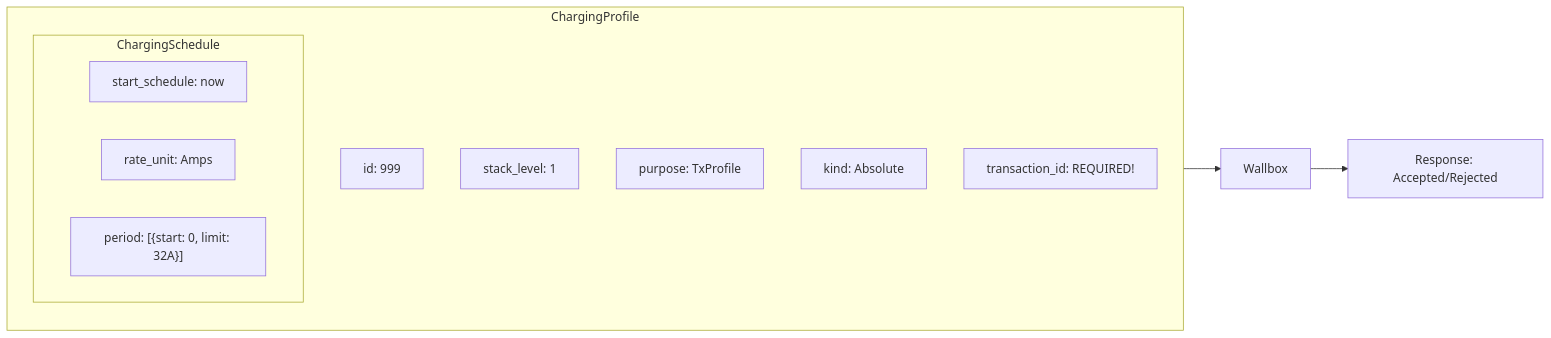
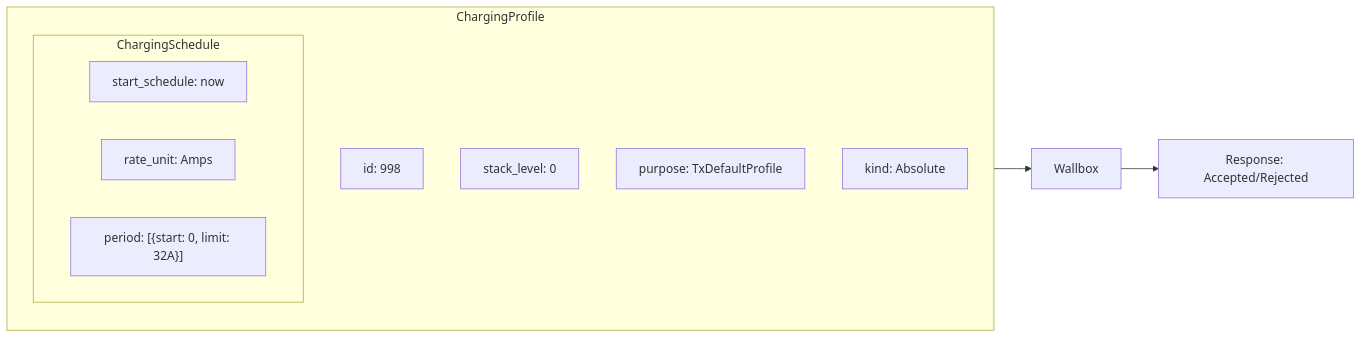
The eighth of 9 diagrams in custom_components/bmw_wallbox/docs/OCPP_HANDLERS.md (JoaoPedroBelo/bmw-wallbox-ha), drawn with Mermaid before and after one commit. The commit also changed other lines of this file and 13 other files, not shown here.

````diff
--- a/custom_components/bmw_wallbox/docs/OCPP_HANDLERS.md
+++ b/custom_components/bmw_wallbox/docs/OCPP_HANDLERS.md
@@ -553,19 +565,18 @@
 ```mermaid
 flowchart LR
     subgraph Profile["ChargingProfile"]
-        ID["id: 999"]
-        Stack["stack_level: 1"]
-        Purpose["purpose: TxProfile"]
+        ID["id: 998"]
+        Stack["stack_level: 0"]
+        Purpose["purpose: TxDefaultProfile"]
         Kind["kind: Absolute"]
-        TxId["transaction_id: REQUIRED!"]
-        
+
         subgraph Schedule["ChargingSchedule"]
             Start["start_schedule: now"]
             Unit["rate_unit: Amps"]
             Period["period: [{start: 0, limit: 32A}]"]
         end
     end
-    
+
     Profile --> WB[Wallbox]
     WB --> Resp["Response: Accepted/Rejected"]
 ```
````
